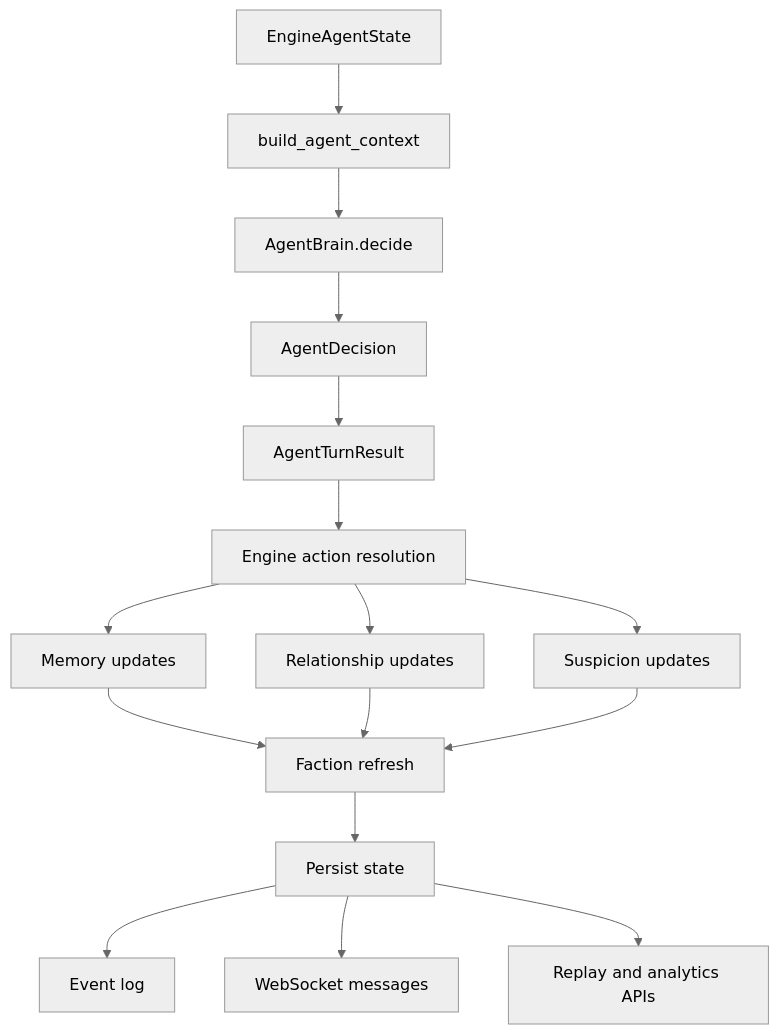
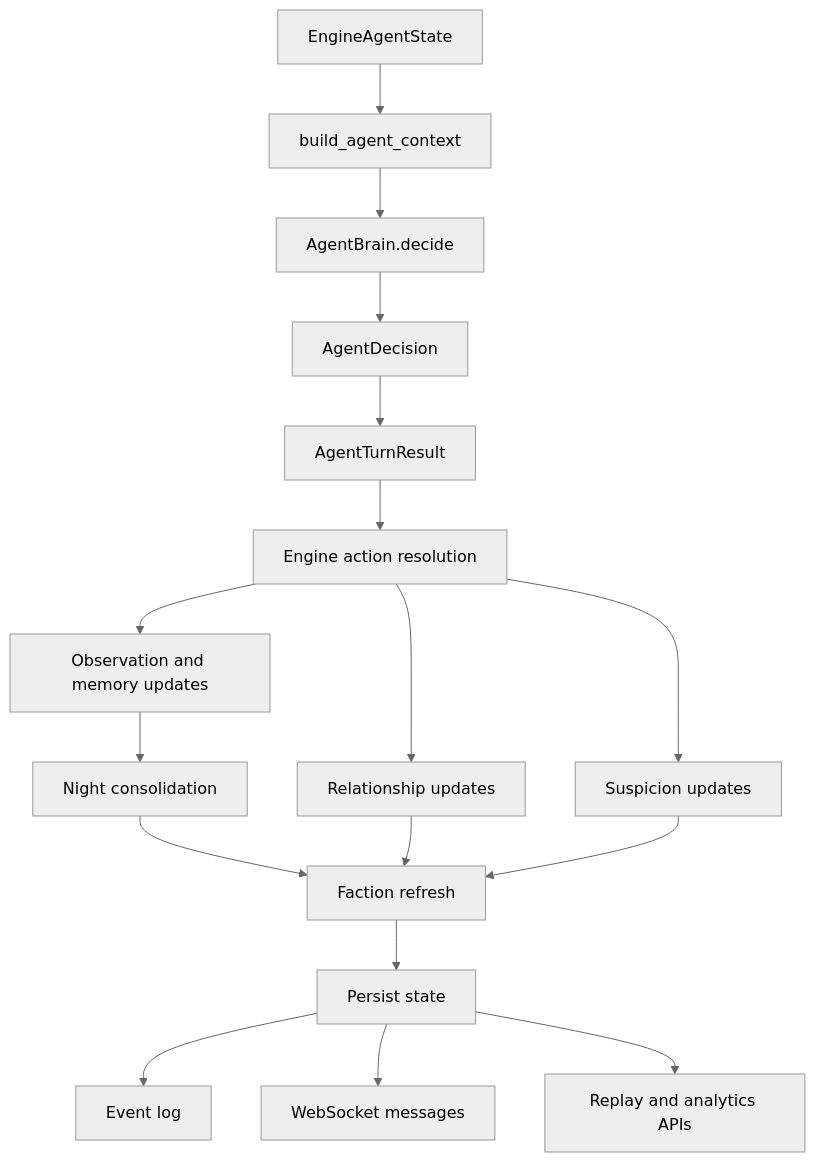
Before and after one commit to Gerner-Ventures/the-experiment: the first of 3 diagrams in docs/AGENT_RUNTIME.md, drawn with Mermaid (neutral theme). The commit also changed other lines of this file and 2 other files, not shown here.

Commit message:
docs: align memory docs with runtime changes

````diff
--- a/docs/AGENT_RUNTIME.md
+++ b/docs/AGENT_RUNTIME.md
@@ -31,18 +31,19 @@
 ```mermaid
 flowchart TD
   A[EngineAgentState] --> B[build_agent_context]
   B --> C[AgentBrain.decide]
   C --> D[AgentDecision]
   D --> E[AgentTurnResult]
   E --> F[Engine action resolution]
-  F --> G[Memory updates]
+  F --> G[Observation and memory updates]
   F --> H[Relationship updates]
   F --> I[Suspicion updates]
-  G --> J[Faction refresh]
-  H --> J
-  I --> J
-  J --> K[Persist state]
-  K --> L[Event log]
-  K --> M[WebSocket messages]
-  K --> N[Replay and analytics APIs]
+  G --> J[Night consolidation]
+  J --> K[Faction refresh]
+  H --> K
+  I --> K
+  K --> L[Persist state]
+  L --> M[Event log]
+  L --> N[WebSocket messages]
+  L --> O[Replay and analytics APIs]
 ```
````
